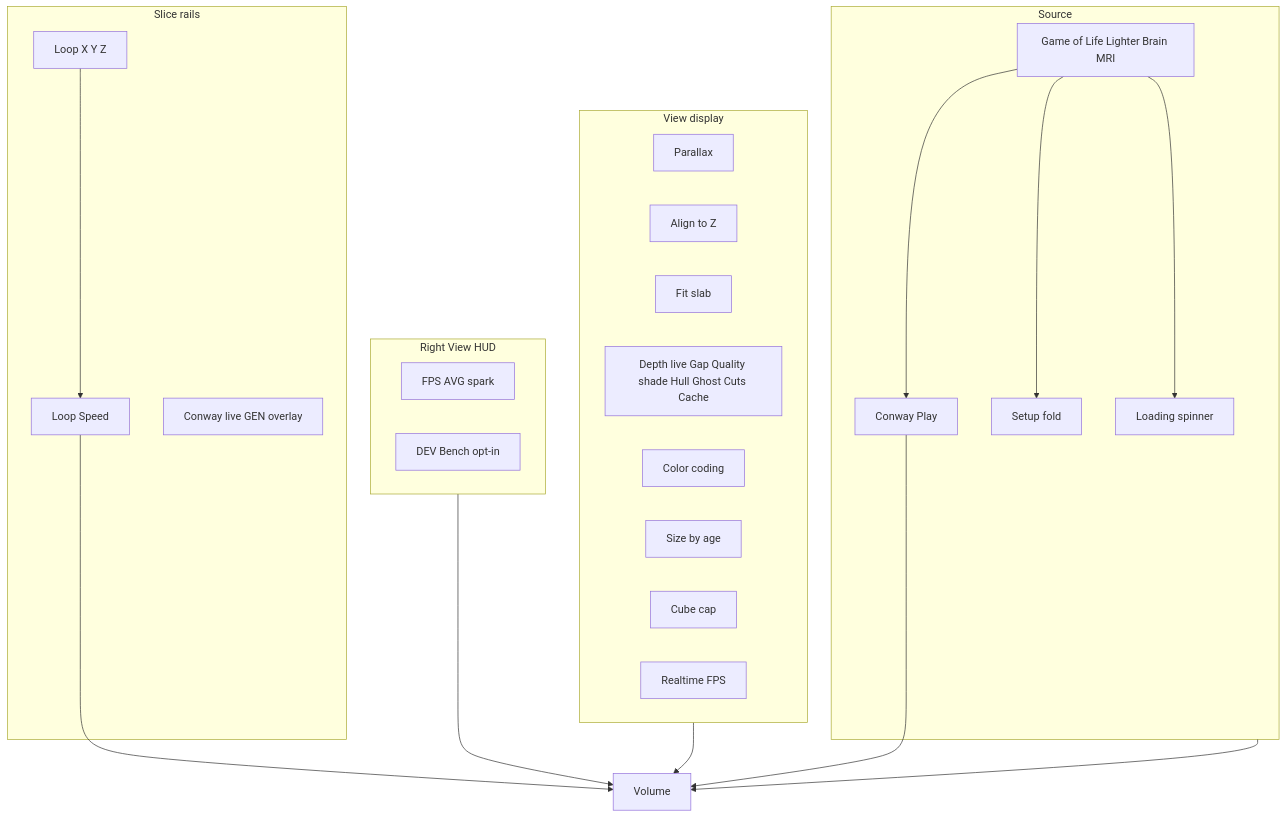
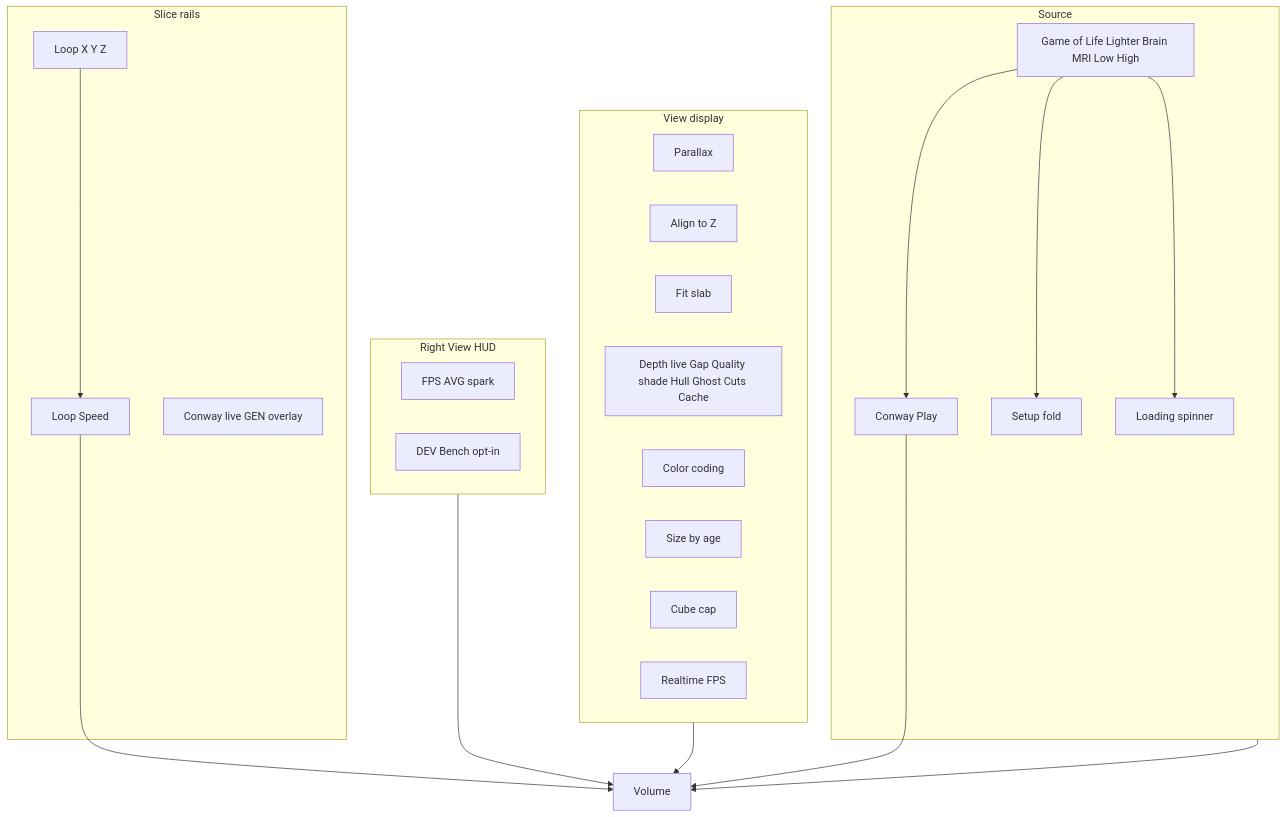
One commit to PiMaV/DONNER changed the fifth of 20 diagrams in docs/gui.md. Above: the diagram before and after it, drawn with Mermaid. The commit also changed other lines of this file and 19 other files, not shown here.

Commit message:
Ship a 2×-binned Brain MRI Low as the visitor default so native High stays opt-in.

````diff
--- a/docs/gui.md
+++ b/docs/gui.md
@@ -147,37 +147,37 @@
 ```mermaid
 flowchart TB
   subgraph view [View display]
     bird[Parallax]
     align[Align to Z]
     fit[Fit slab]
     win[Depth live Gap Quality shade Hull Ghost Cuts Cache]
     color[Color coding]
     stab[Size by age]
     cap[Cube cap]
     fps[Realtime FPS]
   end
   subgraph hud [Right View HUD]
     telemetry[FPS AVG spark]
     bench[DEV Bench opt-in]
   end
   subgraph source [Source]
-    kind[Game of Life Lighter Brain MRI]
+    kind[Game of Life Lighter Brain MRI Low High]
     golPlay[Conway Play]
     setup[Setup fold]
     load[Loading spinner]
   end
   subgraph rails [Slice rails]
     play[Loop Speed]
     axes[Loop X Y Z]
     gen[Conway live GEN overlay]
   end
   view --> volume[Volume]
   hud --> volume
   play --> volume
   golPlay --> volume
   source --> volume
   kind --> golPlay
   kind --> setup
   kind --> load
   axes --> play
 ```
````
